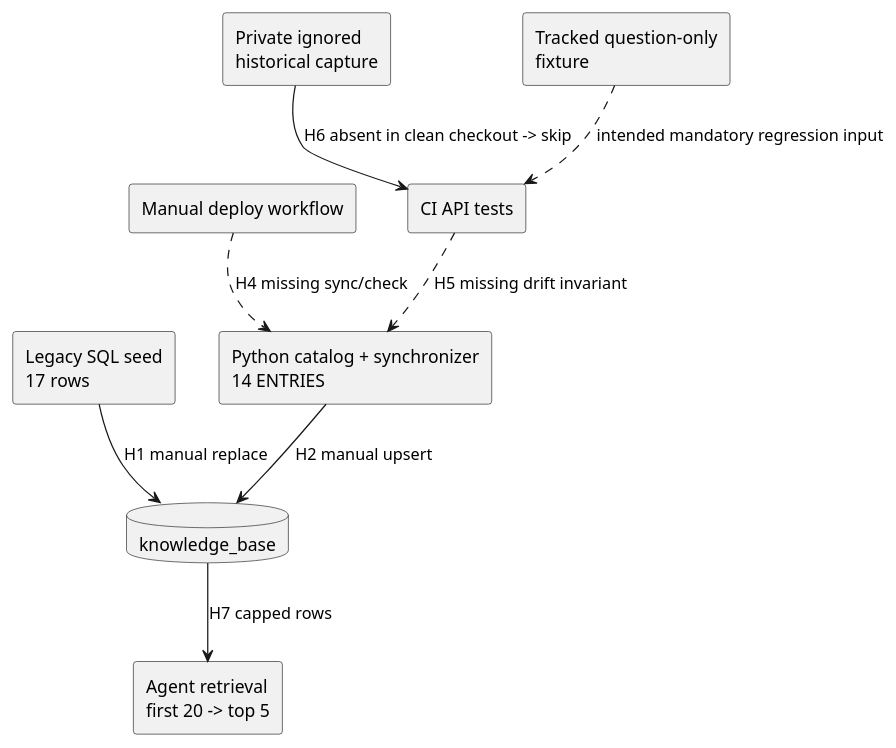
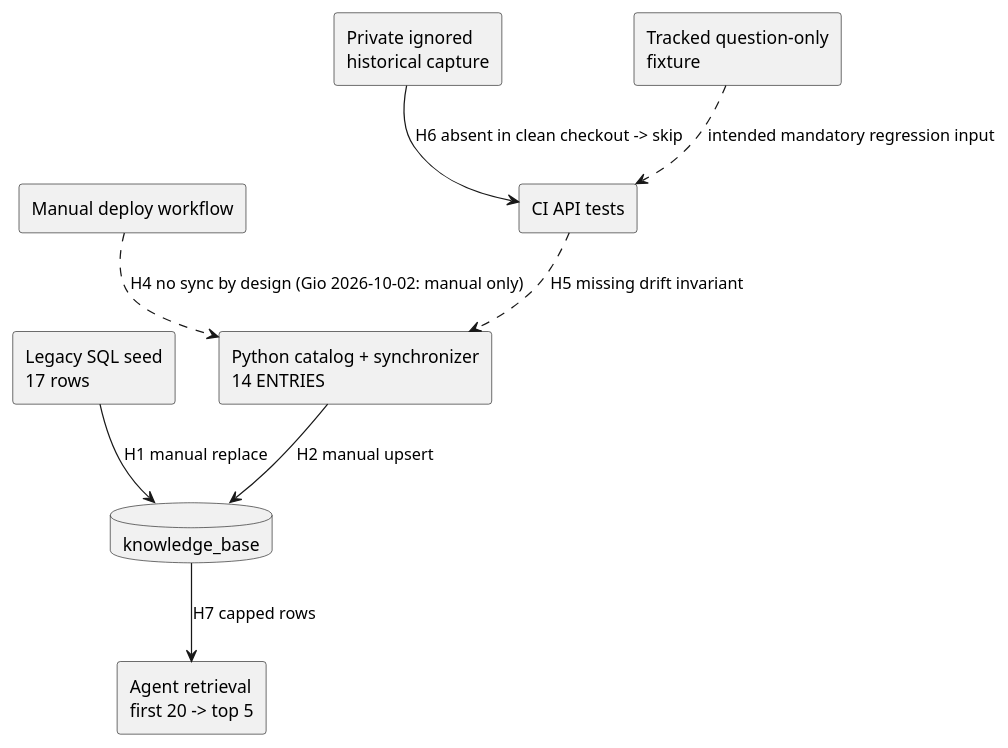
Diagram 14 of 14 in docs/architecture/map.puml (NeaBouli/pnyx), drawn with PlantUML before and after one commit. The commit also changed 6 other files, not shown here.

First line of the commit message:
fix(kb): no automatic KB sync in the deploy workflow (Gio decision, CodeRabbit #399)

```diff
--- a/docs/architecture/map.puml
+++ b/docs/architecture/map.puml
@@ -323,19 +323,19 @@
 @startuml
 skinparam componentStyle rectangle
 component "Legacy SQL seed\n17 rows" as SQL
 component "Python catalog + synchronizer\n14 ENTRIES" as PY
 database "knowledge_base" as DB
 component "Manual deploy workflow" as DEPLOY
 component "CI API tests" as CI
 component "Private ignored\nhistorical capture" as PRIVATE
 component "Tracked question-only\nfixture" as FIXTURE
 component "Agent retrieval\nfirst 20 -> top 5" as RAG
 
 SQL --> DB : H1 manual replace
 PY --> DB : H2 manual upsert
-DEPLOY ..> PY : H4 missing sync/check
+DEPLOY ..> PY : H4 no sync by design (Gio 2026-10-02: manual only)
 CI ..> PY : H5 missing drift invariant
 PRIVATE --> CI : H6 absent in clean checkout -> skip
 FIXTURE ..> CI : intended mandatory regression input
 DB --> RAG : H7 capped rows
 @enduml
```
